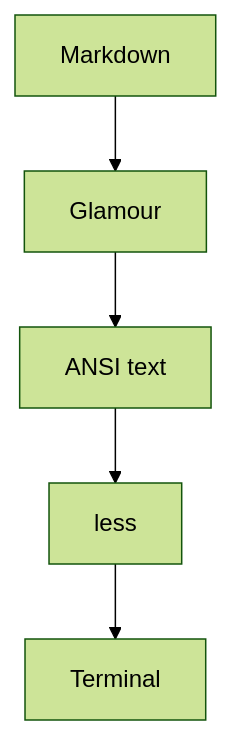
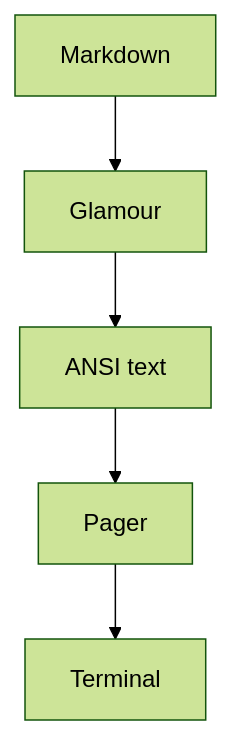
One commit to 135yshr/documents changed the third of 9 diagrams in articles/4f6c7b8a9d0e12.md. Above: the diagram before and after it, drawn with Mermaid (forest theme). The commit also changed other lines of this file, not shown here.

````diff
--- a/articles/4f6c7b8a9d0e12.md
+++ b/articles/4f6c7b8a9d0e12.md
@@ -89,7 +89,7 @@
 ```mermaid
 flowchart TD
     A[Markdown] --> B[Glamour]
     B --> C[ANSI text]
-    C --> D[less]
+    C --> D[Pager]
     D --> E[Terminal]
 ```
````
